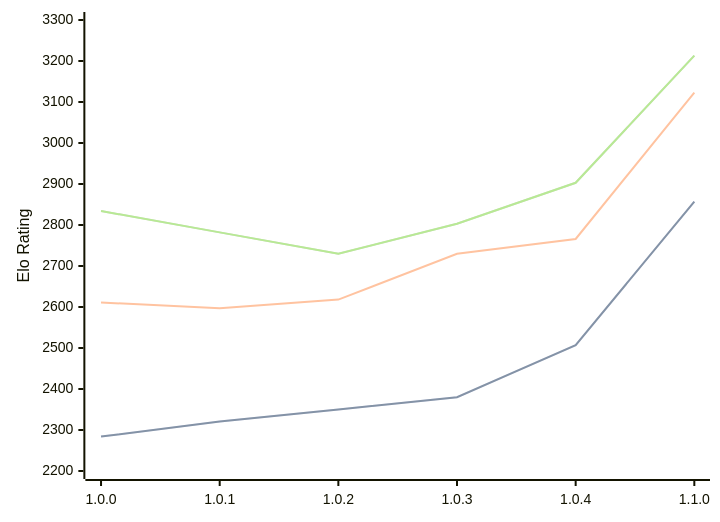
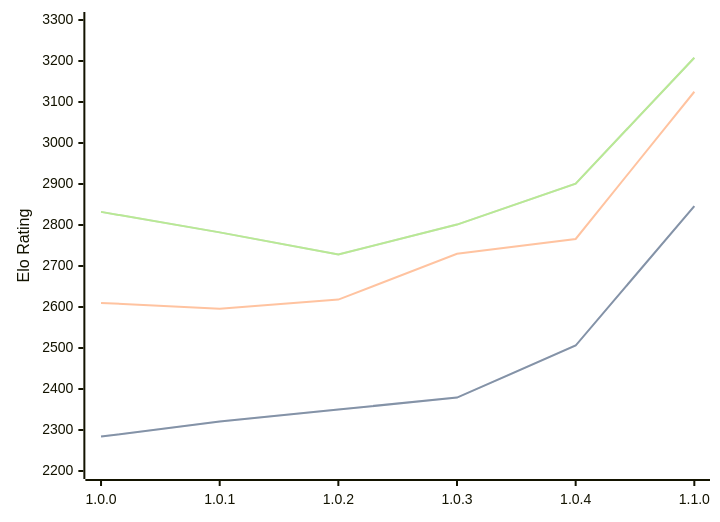
Before and after one commit to computer-chess-index/cci: the diagram in engines/Grail.md, drawn with Mermaid. The commit also changed other lines of this file, not shown here.

Commit message:
Update CCI Ratings (ELO VLTC) - 2026-03-04

````diff
--- a/engines/Grail.md
+++ b/engines/Grail.md
@@ -34,11 +34,11 @@
 ```mermaid
 %%{init: {"theme":"base","themeVariables":{"seriesColors:['#a3a3a3','#222221','#faa371']}}}%%
 xychart-beta
   x-axis ["1.0.0", "1.0.1", "1.0.2", "1.0.3", "1.0.4", "1.1.0"]
   y-axis "Elo Rating" 2200 --> 3300
-  line "STC (8.0+0.08s)" [2284, 2321, 2350, 2380, 2507, 2857]
-  line "STC (8.0+0.08s)" [2284, 2321, 2350, 2380, 2507, 2857]
-  line "LTC (60.0+0.60s)" [2611, 2597, 2618, 2730, 2766, 3123]
-  line "VLTC (2m24s+1.12s)" [2834, 2782, 2730, 2803, 2903, 3213]
-  line "VLTC (2m24s+1.12s)" [2834, 2782, 2730, 2803, 2903, 3213]
+  line "STC (8.0+0.08s)" [2284, 2321, 2350, 2379, 2506, 2846]
+  line "STC (8.0+0.08s)" [2284, 2321, 2350, 2379, 2506, 2846]
+  line "LTC (60.0+0.60s)" [2610, 2596, 2618, 2730, 2766, 3125]
+  line "VLTC (2m24s+1.12s)" [2832, 2782, 2728, 2801, 2901, 3208]
+  line "VLTC (2m24s+1.12s)" [2832, 2782, 2728, 2801, 2901, 3208]
 ```
````
